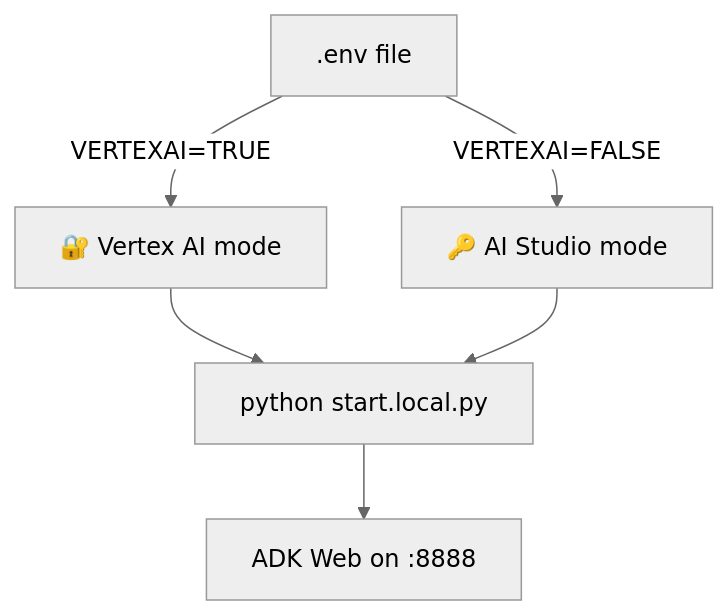
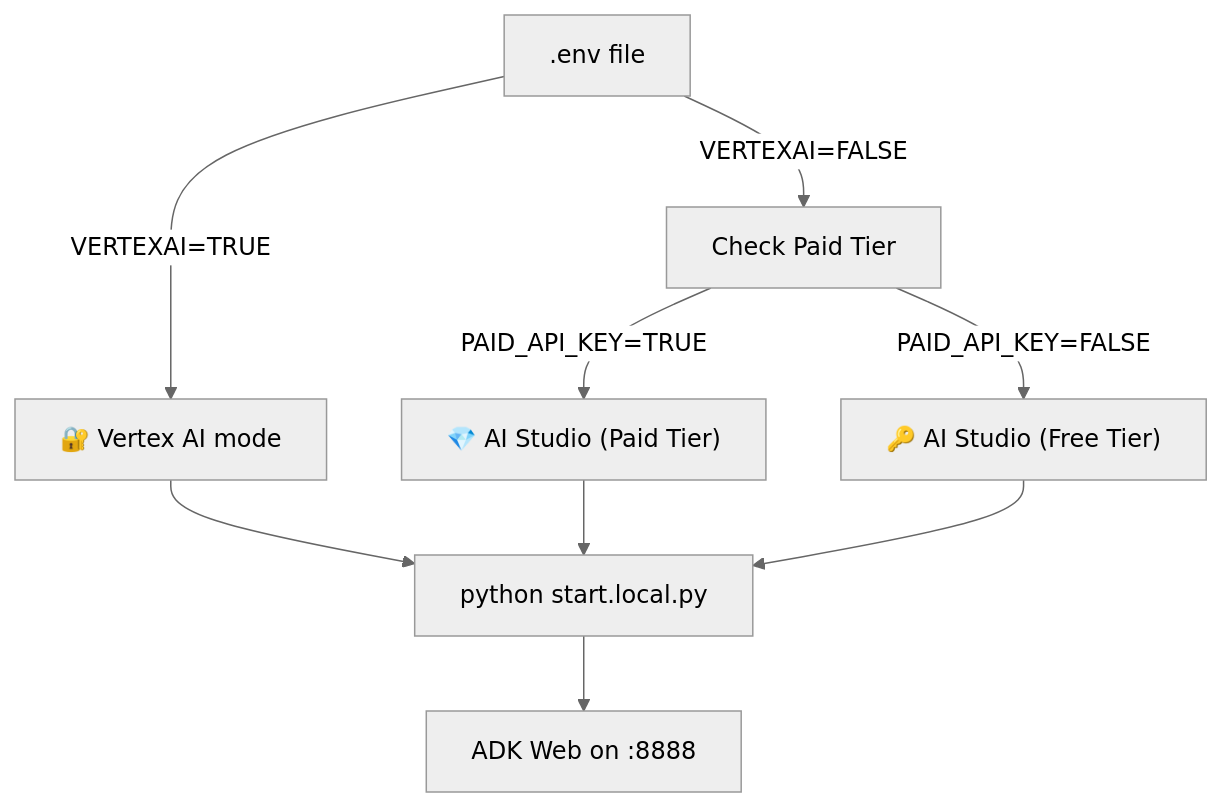
Before and after one commit to ancrz/sdk-agent-pipeline: the fourth of 4 diagrams in README.md, drawn with Mermaid (neutral theme). The commit also changed other lines of this file and 3 other files, not shown here.

````diff
--- a/README.md
+++ b/README.md
@@ -228,8 +239,11 @@
 ```mermaid
 flowchart TD
     E[".env file"] -->|VERTEXAI=TRUE| V["🔐 Vertex AI mode"]
-    E -->|VERTEXAI=FALSE| A["🔑 AI Studio mode"]
+    E -->|VERTEXAI=FALSE| A["Check Paid Tier"]
+    A -->|PAID_API_KEY=TRUE| P["💎 AI Studio (Paid Tier)"]
+    A -->|PAID_API_KEY=FALSE| F["🔑 AI Studio (Free Tier)"]
     V --> R["python start.local.py"]
-    A --> R
+    P --> R
+    F --> R
     R --> W["ADK Web on :8888"]
 ```
````
